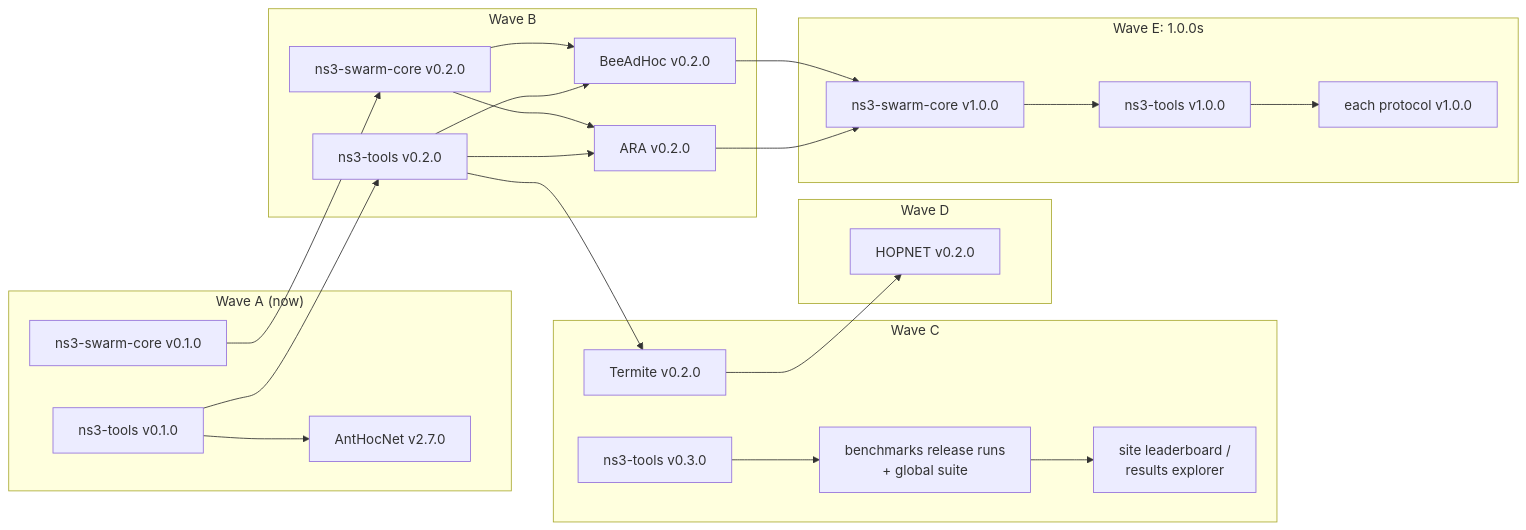
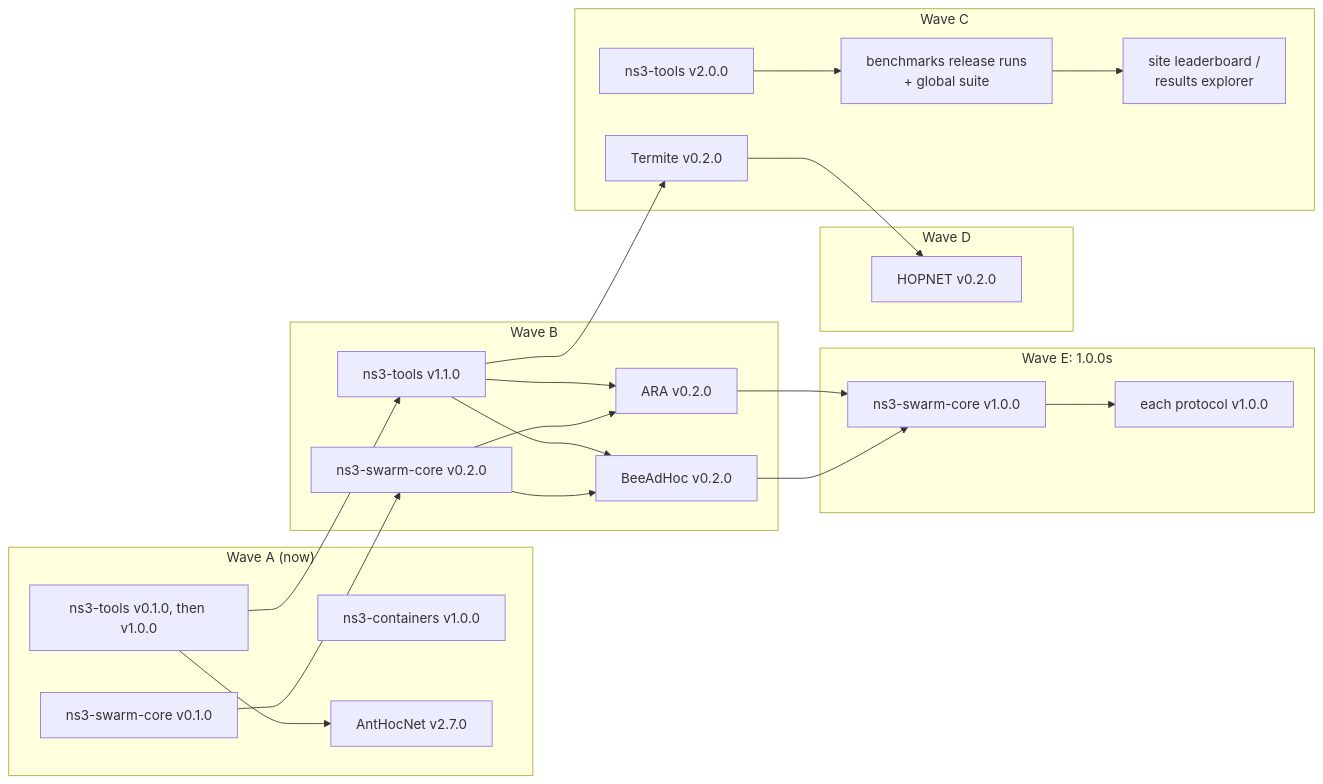
The second of 2 diagrams in ROADMAP.md (swarm-routing/.github), drawn with Mermaid before and after one commit. The commit also changed other lines of this file and 7 other files, not shown here.

````diff
--- a/ROADMAP.md
+++ b/ROADMAP.md
@@ -222,43 +226,42 @@
 ```mermaid
 flowchart LR
   subgraph A["Wave A (now)"]
-    T1["ns3-tools v0.1.0"]
+    T1["ns3-tools v0.1.0, then v1.0.0"]
+    NC["ns3-containers v1.0.0"]
     C1["ns3-swarm-core v0.1.0"]
     AH["AntHocNet v2.7.0"]
   end
   subgraph B["Wave B"]
-    T2["ns3-tools v0.2.0"]
+    T2["ns3-tools v1.1.0"]
     C2["ns3-swarm-core v0.2.0"]
     ARA2["ARA v0.2.0"]
     BEE2["BeeAdHoc v0.2.0"]
   end
   subgraph C["Wave C"]
     TER2["Termite v0.2.0"]
-    T3["ns3-tools v0.3.0"]
+    T3["ns3-tools v2.0.0"]
     BM["benchmarks release runs<br/>+ global suite"]
     SITE["site leaderboard /<br/>results explorer"]
   end
   subgraph D["Wave D"]
     HOP2["HOPNET v0.2.0"]
   end
   subgraph E["Wave E: 1.0.0s"]
     C10["ns3-swarm-core v1.0.0"]
-    T10["ns3-tools v1.0.0"]
     P10["each protocol v1.0.0"]
   end
   T1 --> AH
   T1 --> T2
   C1 --> C2
   T2 --> ARA2
   C2 --> ARA2
   T2 --> BEE2
   C2 --> BEE2
   T2 --> TER2
   T3 --> BM
   BM --> SITE
   TER2 --> HOP2
   ARA2 --> C10
   BEE2 --> C10
-  C10 --> T10
-  T10 --> P10
+  C10 --> P10
 ```
````
